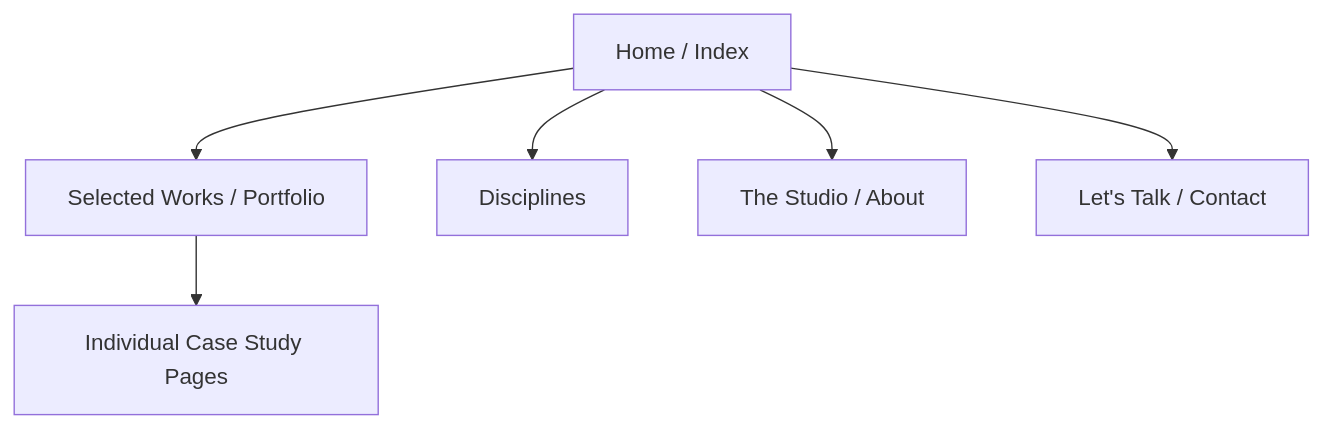
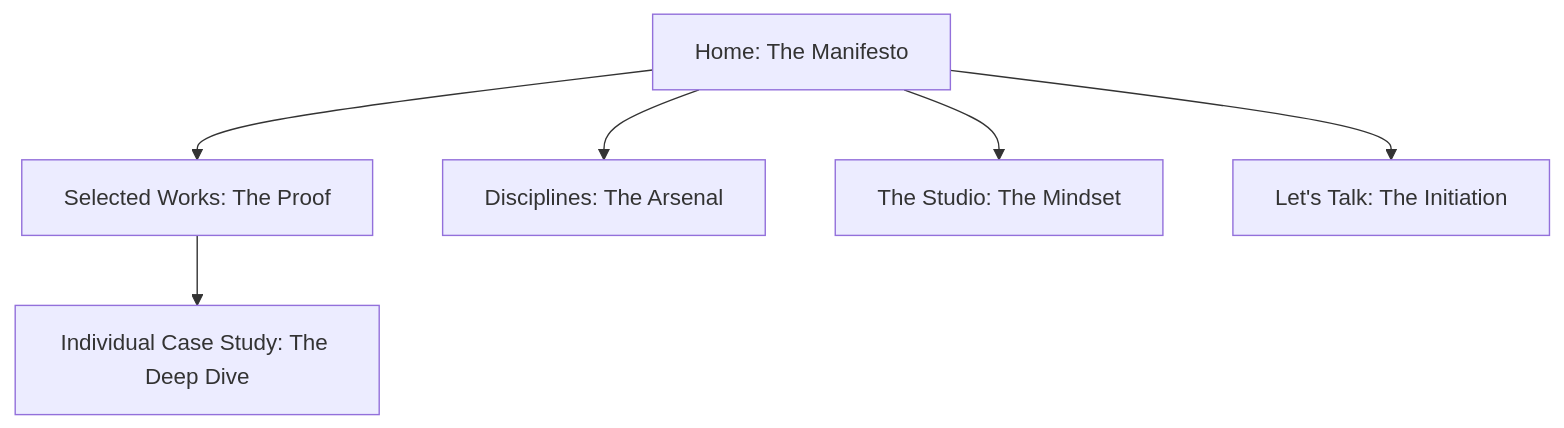
One commit to atreyakamat/pixel-n-purpose changed the diagram in ARCHITECTURE_BLUEPRINT.md. Above: the diagram before and after it, drawn with Mermaid. The commit also changed other lines of this file, not shown here.

Commit message:
refactor: update master architecture blueprint for v3 with enhanced brand strategy and product positioning

````diff
--- a/ARCHITECTURE_BLUEPRINT.md
+++ b/ARCHITECTURE_BLUEPRINT.md
@@ -54,8 +56,8 @@
 ```mermaid
 flowchart TD
-    Home[Home / Index] --> Work[Selected Works / Portfolio]
-    Home --> Services[Disciplines]
-    Home --> Studio[The Studio / About]
-    Home --> Contact[Let's Talk / Contact]
-    Work --> CaseStudy[Individual Case Study Pages]
+    Home[Home: The Manifesto] --> Work[Selected Works: The Proof]
+    Home --> Services[Disciplines: The Arsenal]
+    Home --> Studio[The Studio: The Mindset]
+    Home --> Contact[Let's Talk: The Initiation]
+    Work --> CaseStudy[Individual Case Study: The Deep Dive]
 ```
````
